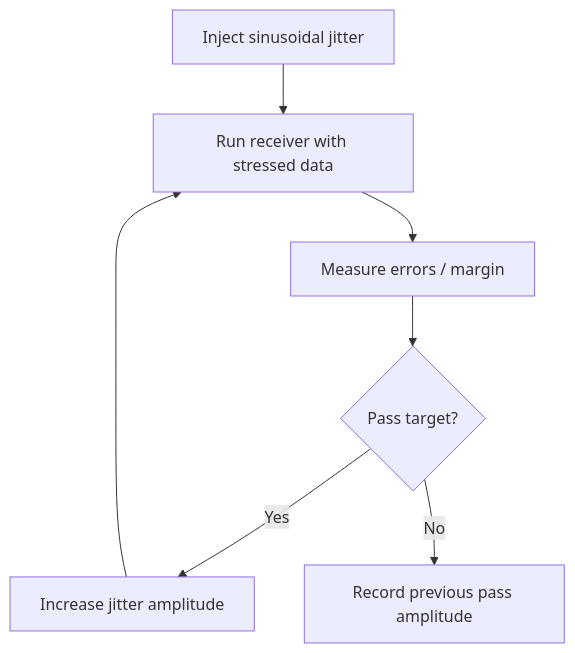
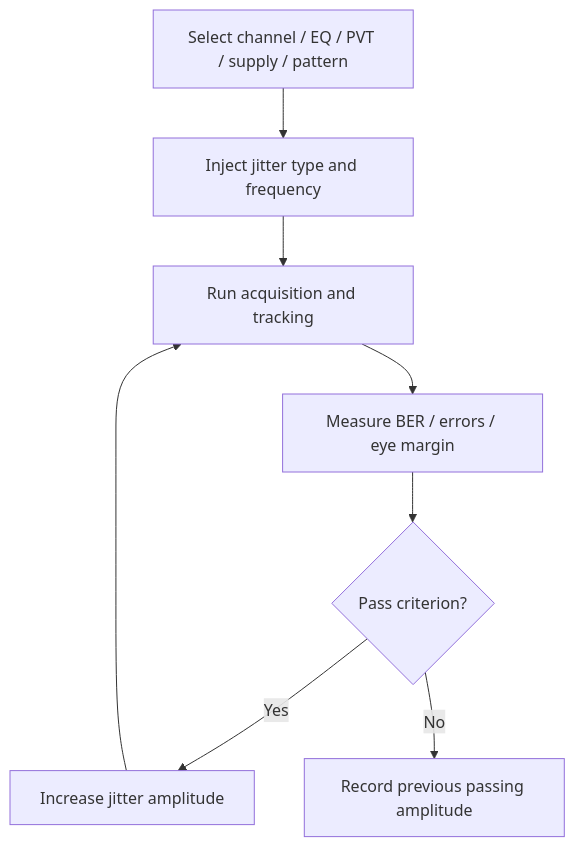
One commit to uopuwe/Second_Brain changed the second of 3 diagrams in 01_AnalogIC_SerDes/PLL_CDR_Clocking/cdr_jitter_tolerance.md. Above: the diagram before and after it, drawn with Mermaid. The commit also changed other lines of this file and 4 other files, not shown here.

````diff
--- a/01_AnalogIC_SerDes/PLL_CDR_Clocking/cdr_jitter_tolerance.md
+++ b/01_AnalogIC_SerDes/PLL_CDR_Clocking/cdr_jitter_tolerance.md
@@ -90,9 +188,10 @@
 ```mermaid
 flowchart TD
-  A[Inject sinusoidal jitter] --> B[Run receiver with stressed data]
-  B --> C[Measure errors / margin]
-  C --> D{Pass target?}
-  D -->|Yes| E[Increase jitter amplitude]
-  D -->|No| F[Record previous pass amplitude]
-  E --> B
+  A[Select channel / EQ / PVT / supply / pattern] --> B[Inject jitter type and frequency]
+  B --> C[Run acquisition and tracking]
+  C --> D[Measure BER / errors / eye margin]
+  D --> E{Pass criterion?}
+  E -->|Yes| F[Increase jitter amplitude]
+  E -->|No| G[Record previous passing amplitude]
+  F --> C
 ```
````
